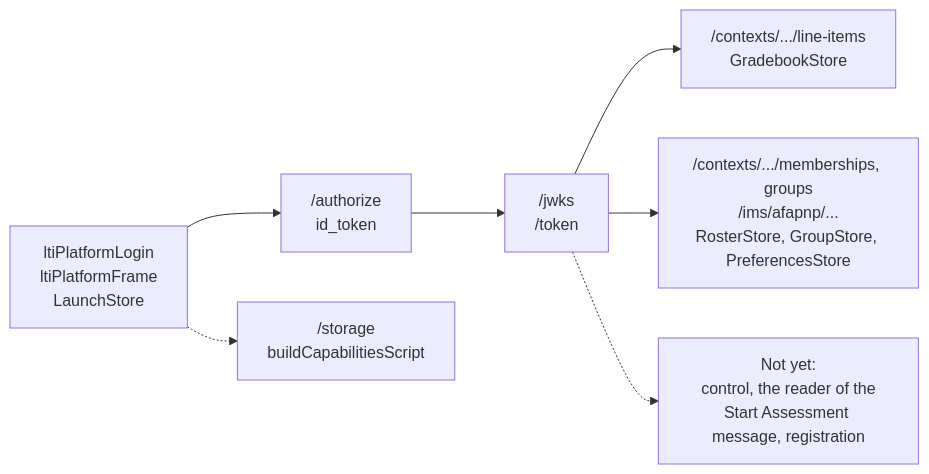
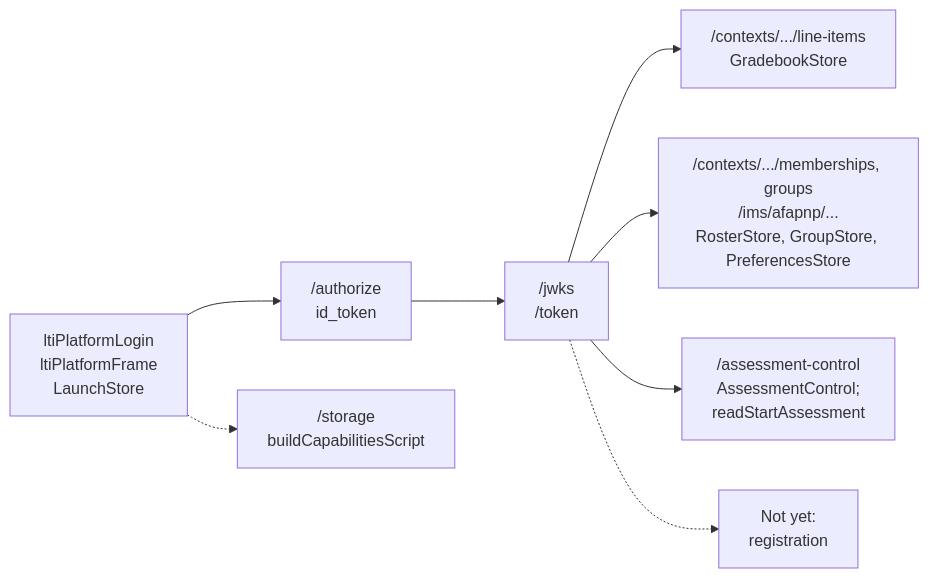
The second of 2 diagrams in docs/tool-integration/supported.md (interopkit/interopkit), drawn with Mermaid before and after one commit. The commit also changed other lines of this file and 43 other files, not shown here.

````diff
--- a/docs/tool-integration/supported.md
+++ b/docs/tool-integration/supported.md
@@ -51,9 +52,10 @@
 ```mermaid
 flowchart LR
   login["ltiPlatformLogin<br/>ltiPlatformFrame<br/>LaunchStore"] --> authorize["/authorize<br/>id_token"]
   authorize --> token["/jwks<br/>/token"]
   login -.-> storage["/storage<br/>buildCapabilitiesScript"]
   token --> ags["/contexts/.../line-items<br/>GradebookStore"]
   token --> roster["/contexts/.../memberships, groups<br/>/ims/afapnp/...<br/>RosterStore, GroupStore, PreferencesStore"]
-  token -.-> missing["Not yet:<br/>control, the reader of the<br/>Start Assessment message, registration"]
+  token --> control["/assessment-control<br/>AssessmentControl;<br/>readStartAssessment"]
+  token -.-> missing["Not yet:<br/>registration"]
 ```
````
